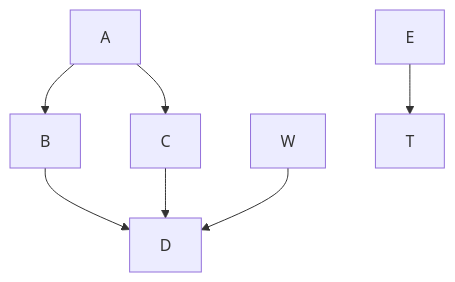
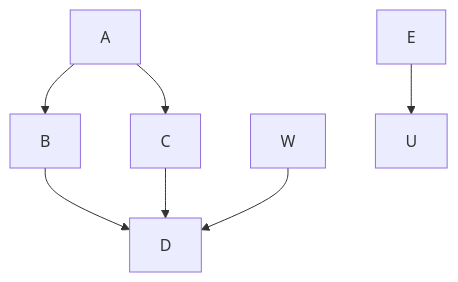
One commit to avergnaud/wiki-mermaid changed the diagram in README.md. Above: the diagram before and after it, drawn with Mermaid.

Commit message:
graphe mermaid - exemple

````diff
--- a/README.md
+++ b/README.md
@@ -20,9 +20,9 @@
 ```mermaid
 graph TD;
     A-->B;
     A-->C;
     B-->D;
     C-->D;
     W-->D;
-    E-->T;
+    E-->U;
 ```
````
